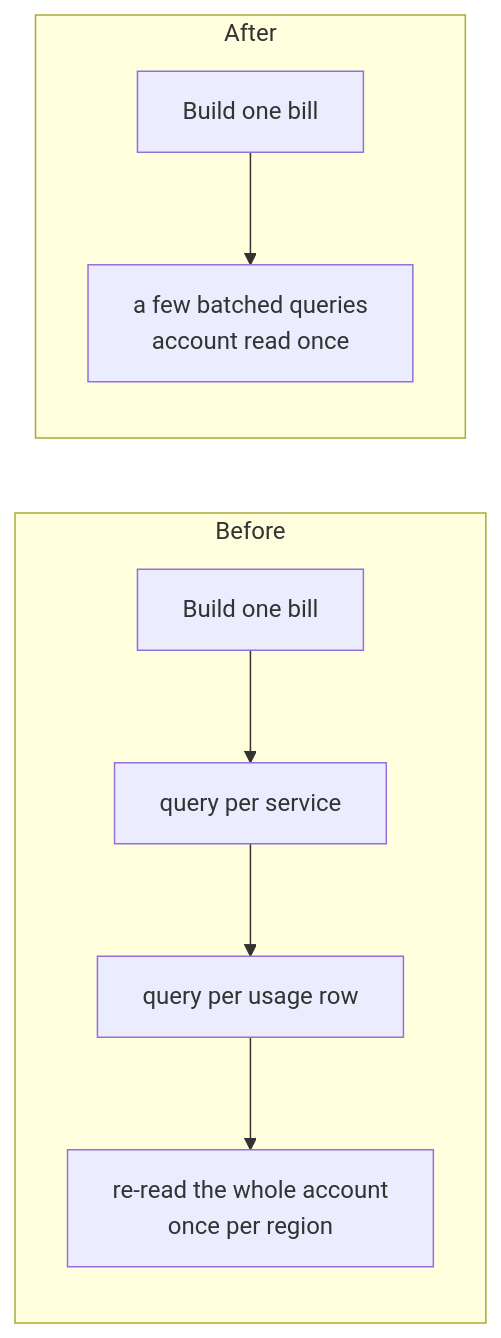
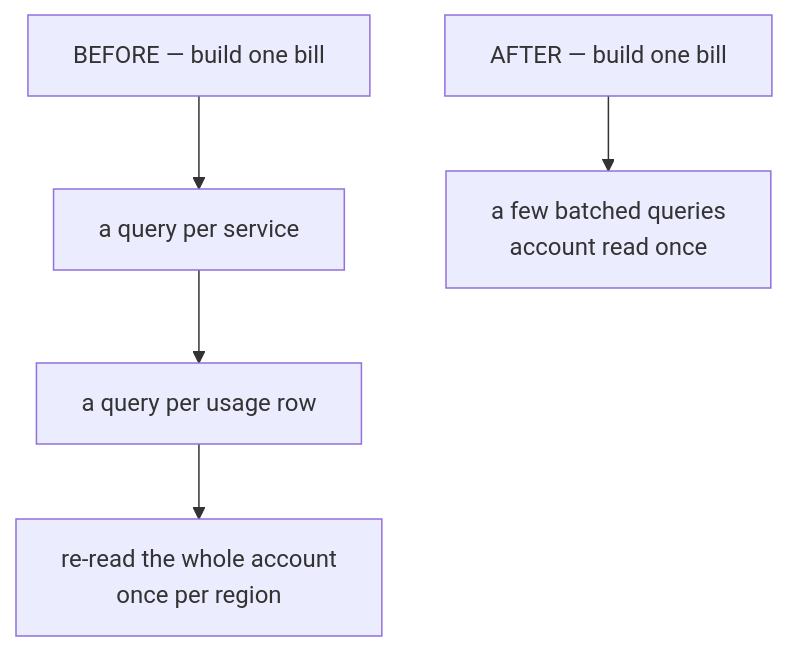
The seventh of 11 diagrams in billing-improvements-explained.md (saurabh6790/v2-billing-specs), drawn with Mermaid before and after one commit. The commit also changed other lines of this file and 27 other files, not shown here.

Commit message:
diagrams: render the excalidraw svgs, and the tool that makes them

````diff
--- a/billing-improvements-explained.md
+++ b/billing-improvements-explained.md
@@ -233,9 +264,9 @@
 ```mermaid
-flowchart LR
-    subgraph BEFORE["Before"]
-        R1["Build one bill"] --> A1["query per service"] --> B1["query per usage row"] --> C1["re-read the whole account<br/>once per region"]
-    end
-    subgraph AFTER["After"]
-        R2["Build one bill"] --> B2["a few batched queries<br/>account read once"]
-    end
+flowchart TD
+    B0["BEFORE — build one bill"] --> B1["a query per service"]
+    B1 --> B2["a query per usage row"]
+    B2 --> B3["`re-read the whole account
+once per region`"]
+    A0["AFTER — build one bill"] --> A1["`a few batched queries
+account read once`"]
 ```
````
